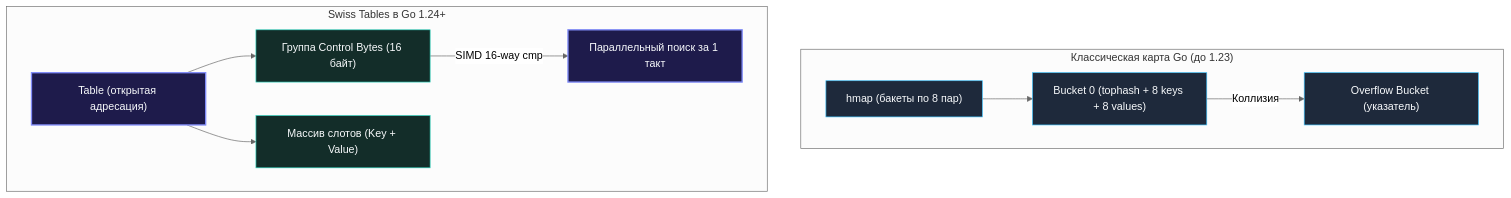
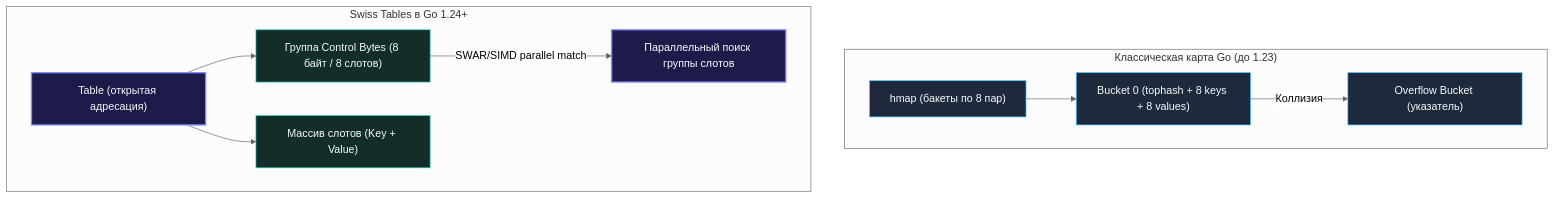
Before and after one commit to UnrealTemplier/go-textbook-ru: the second of 3 diagrams in sources/22. Вопросы и ответы с собеседований по Go (Теория)/03. Типы данных, slice, map, string.md, drawn with Mermaid (neutral theme). The commit also changed other lines of this file and 14 other files, not shown here.

````diff
--- a/sources/22. Вопросы и ответы с собеседований по Go (Теория)/03. Типы данных, slice, map, string.md
+++ b/sources/22. Вопросы и ответы с собеседований по Go (Теория)/03. Типы данных, slice, map, string.md
@@ -34,20 +34,20 @@
 ```mermaid
 flowchart TD
     classDef old    fill:#1e293b,stroke:#38bdf8,stroke-width:1px,color:#f8fafc
     classDef swiss  fill:#1e1b4b,stroke:#818cf8,stroke-width:2px,color:#f8fafc
     classDef detail fill:#132d29,stroke:#2dd4bf,stroke-width:1px,color:#f8fafc
 
     subgraph ClassicMap["Классическая карта Go (до 1.23)"]
         H1["hmap (бакеты по 8 пар)"]:::old --> B1["Bucket 0 (tophash + 8 keys + 8 values)"]:::old
         B1 -->|"Коллизия"| O1["Overflow Bucket (указатель)"]:::old
     end
 
     subgraph SwissMap["Swiss Tables в Go 1.24+"]
         SH["Table (открытая адресация)"]:::swiss
-        Ctrl["Группа Control Bytes (16 байт)"]:::detail
+        Ctrl["Группа Control Bytes (8 байт / 8 слотов)"]:::detail
         Slots["Массив слотов (Key + Value)"]:::detail
         SH --> Ctrl
         SH --> Slots
-        Ctrl -->|"SIMD 16-way cmp"| Match["Параллельный поиск за 1 такт"]:::swiss
+        Ctrl -->|"SWAR/SIMD parallel match"| Match["Параллельный поиск группы слотов"]:::swiss
     end
 ```
````
